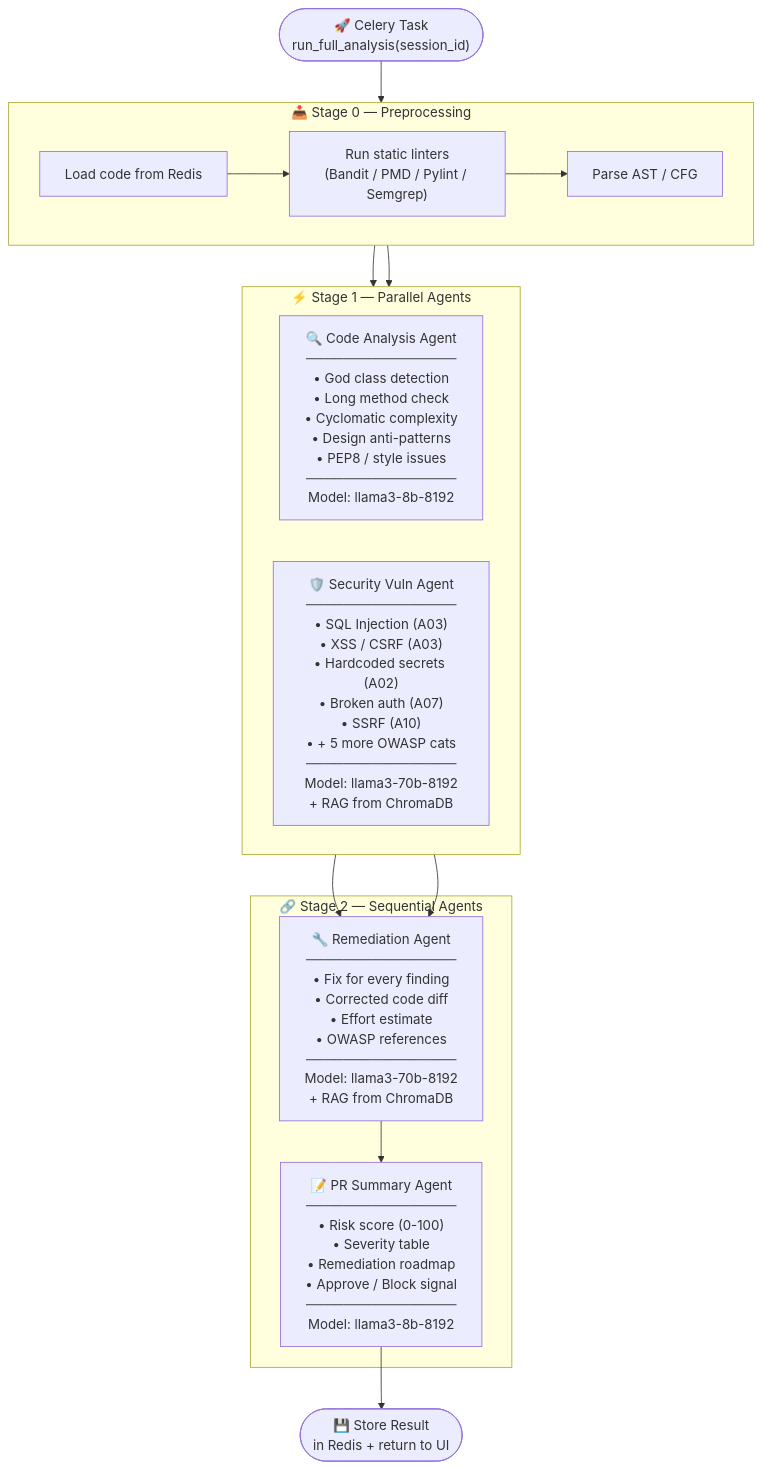
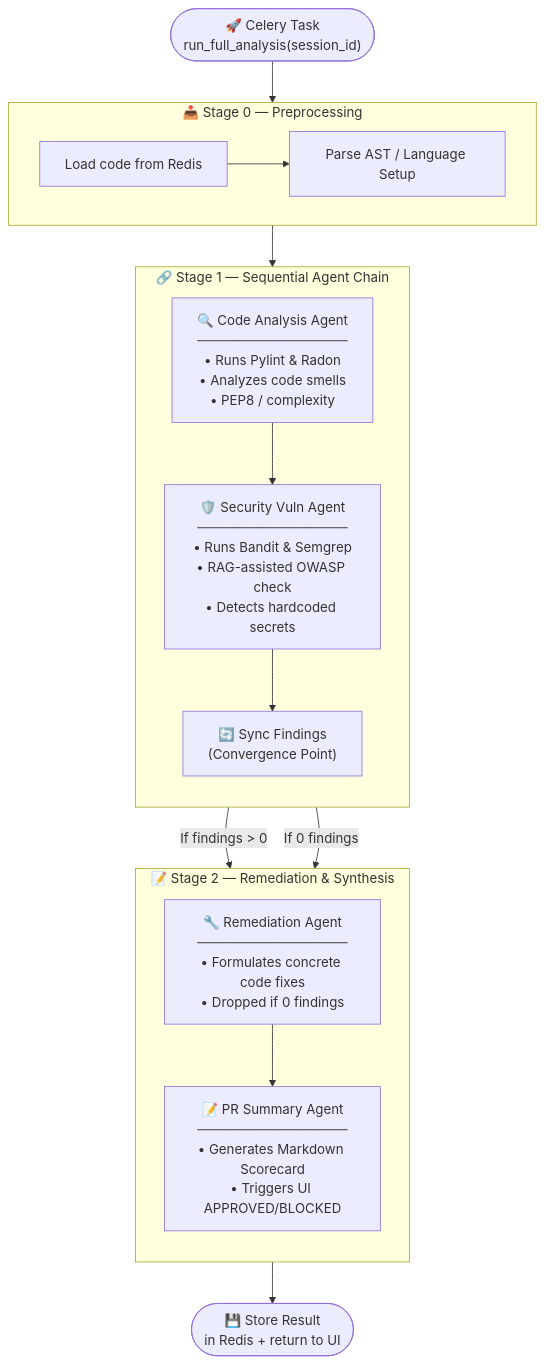
Before and after one commit to shubham0915/AI-Code-Review-Security-Analysis-Agent-Group2: the third of 7 diagrams in README.md, drawn with Mermaid. The commit also changed other lines of this file, not shown here.

Commit message:
docs: overhaul mermaid diagrams to reflect current milestone architecture

````diff
--- a/README.md
+++ b/README.md
@@ -346,30 +356,35 @@
 ```mermaid
 flowchart TD
     START(["🚀 Celery Task\nrun_full_analysis(session_id)"])
 
     subgraph PRE["📥 Stage 0 — Preprocessing"]
         P1["Load code from Redis"]
-        P2["Run static linters\n(Bandit / PMD / Pylint / Semgrep)"]
-        P3["Parse AST / CFG"]
-        P1 --> P2 --> P3
+        P2["Parse AST / Language Setup"]
+        P1 --> P2
     end
 
-    subgraph PARALLEL["⚡ Stage 1 — Parallel Agents"]
-        direction LR
-        AG1["🔍 Code Analysis Agent\n────────────────\n• God class detection\n• Long method check\n• Cyclomatic complexity\n• Design anti-patterns\n• PEP8 / style issues\n────────────────\nModel: llama3-8b-8192"]
-        AG2["🛡️ Security Vuln Agent\n────────────────\n• SQL Injection (A03)\n• XSS / CSRF (A03)\n• Hardcoded secrets (A02)\n• Broken auth (A07)\n• SSRF (A10)\n• + 5 more OWASP cats\n────────────────\nModel: llama3-70b-8192\n+ RAG from ChromaDB"]
+    subgraph AGENT_CHAIN["🔗 Stage 1 — Sequential Agent Chain"]
+        direction TB
+        AG1["🔍 Code Analysis Agent\n────────────────\n• Runs Pylint & Radon\n• Analyzes code smells\n• PEP8 / complexity"]
+        AG2["🛡️ Security Vuln Agent\n────────────────\n• Runs Bandit & Semgrep\n• RAG-assisted OWASP check\n• Detects hardcoded secrets"]
+        SYNC["🔄 Sync Findings\n(Convergence Point)"]
+        
+        AG1 --> AG2 --> SYNC
     end
 
-    subgraph SEQ["🔗 Stage 2 — Sequential Agents"]
-        AG3["🔧 Remediation Agent\n────────────────\n• Fix for every finding\n• Corrected code diff\n• Effort estimate\n• OWASP references\n────────────────\nModel: llama3-70b-8192\n+ RAG from ChromaDB"]
-        AG4["📝 PR Summary Agent\n────────────────\n• Risk score (0-100)\n• Severity table\n• Remediation roadmap\n• Approve / Block signal\n────────────────\nModel: llama3-8b-8192"]
+    subgraph FINAL["📝 Stage 2 — Remediation & Synthesis"]
+        direction TB
+        AG3["🔧 Remediation Agent\n────────────────\n• Formulates concrete code fixes\n• Dropped if 0 findings"]
+        AG4["📝 PR Summary Agent\n────────────────\n• Generates Markdown Scorecard\n• Triggers UI APPROVED/BLOCKED"]
+        
+        AG3 --> AG4
     end
 
     RESULT(["💾 Store Result\nin Redis + return to UI"])
 
     START --> PRE
-    PRE --> AG1 & AG2
-    AG1 & AG2 --> AG3
-    AG3 --> AG4
+    PRE --> AG1
+    SYNC -->|"If findings > 0"| AG3
+    SYNC -->|"If 0 findings"| AG4
     AG4 --> RESULT
 ```
````
